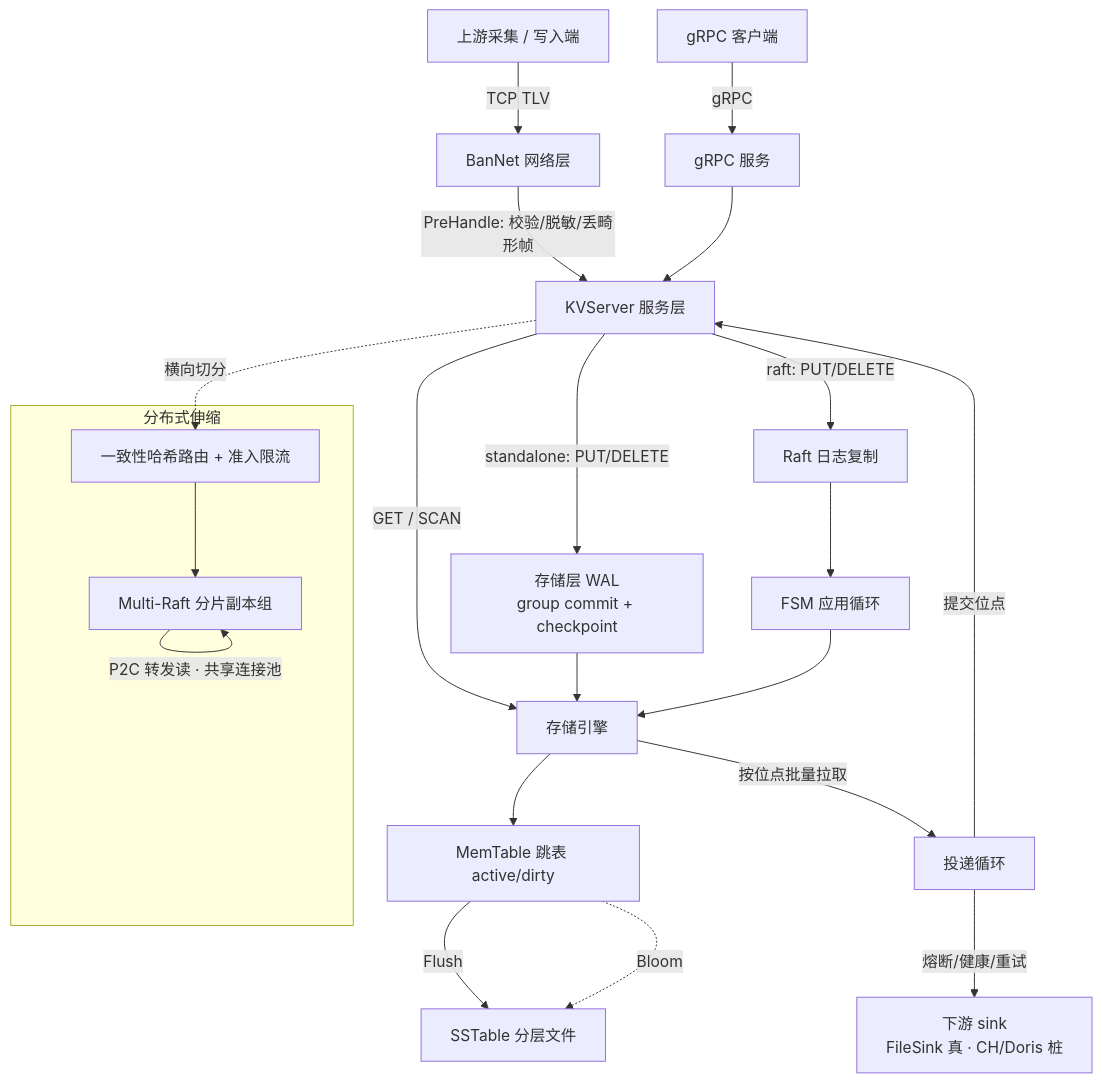
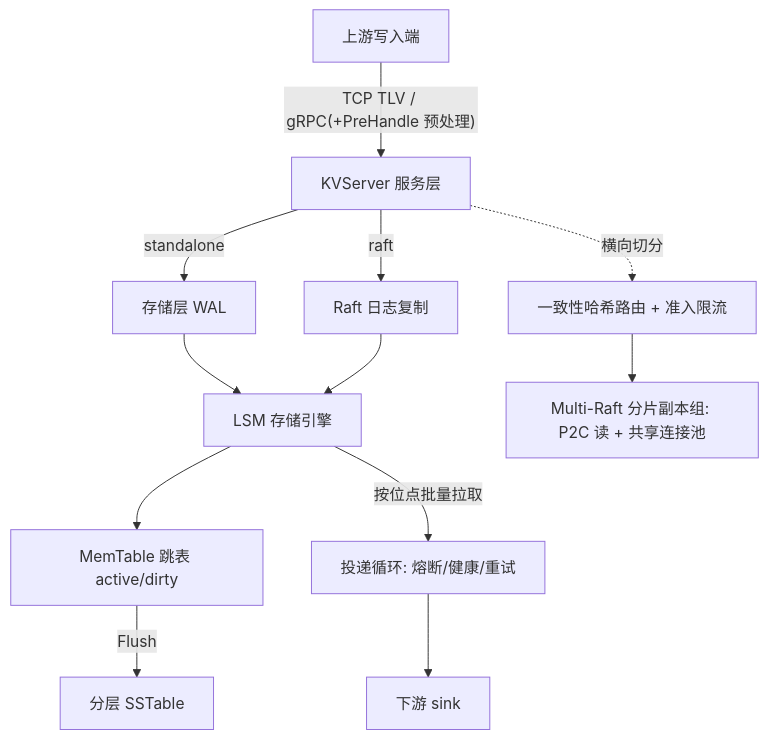
One commit to ChronoBrew/KairosFlux changed the diagram in README.md. Above: the diagram before and after it, drawn with Mermaid. The commit also changed other lines of this file, not shown here.

````diff
--- a/README.md
+++ b/README.md
@@ -52,26 +20,14 @@
 ```mermaid
 flowchart TD
-    Up[上游采集 / 写入端] -->|TCP TLV| BanNet[BanNet 网络层]
-    GRPCClient[gRPC 客户端] -->|gRPC| GRPC[gRPC 服务]
-    BanNet -->|PreHandle: 校验/脱敏/丢畸形帧| KV[KVServer 服务层]
-    GRPC --> KV
-
-    KV -->|standalone: PUT/DELETE| WAL[存储层 WAL<br/>group commit + checkpoint]
-    KV -->|raft: PUT/DELETE| Raft[Raft 日志复制]
-    KV -->|GET / SCAN| Engine[存储引擎]
-    WAL --> Engine
-    Raft --> FSM[FSM 应用循环] --> Engine
+    Up[上游写入端] -->|"TCP TLV / gRPC(+PreHandle 预处理)"| KV[KVServer 服务层]
+    KV -->|standalone| WAL[存储层 WAL]
+    KV -->|raft| Raft[Raft 日志复制]
+    WAL --> Engine[LSM 存储引擎]
+    Raft --> Engine
     Engine --> MemTable[MemTable 跳表 active/dirty]
-    MemTable -->|Flush| SSTable[SSTable 分层文件]
-    MemTable -.Bloom.-> SSTable
-
-    Engine -->|按位点批量拉取| Deliverer[投递循环]
-    Deliverer -->|熔断/健康/重试| Sink[下游 sink<br/>FileSink 真 · CH/Doris 桩]
-    Deliverer -->|提交位点| KV
-
-    subgraph 分布式伸缩
-      Router[一致性哈希路由 + 准入限流] --> Shards[Multi-Raft 分片副本组]
-      Shards -->|P2C 转发读 · 共享连接池| Shards
-    end
-    KV -.横向切分.-> Router
+    MemTable -->|Flush| SSTable[分层 SSTable]
+    Engine -->|按位点批量拉取| Deliverer[投递循环: 熔断/健康/重试]
+    Deliverer --> Sink[下游 sink]
+    KV -.横向切分.-> Router[一致性哈希路由 + 准入限流]
+    Router --> Shards[Multi-Raft 分片副本组: P2C 读 + 共享连接池]
 ```
````
